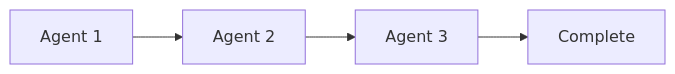
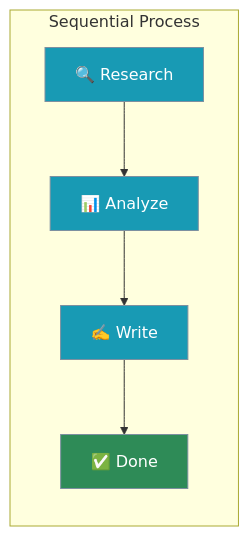
One commit to MervinPraison/PraisonAIDocs changed the second of 4 diagrams in docs/course/agents/08-agent-process.mdx. Above: the diagram before and after it, drawn with Mermaid. The commit also changed other lines of this file and 21 other files, not shown here.

Commit message:
refactor: streamline agent course documentation with concise examples, visual diagrams, and improved navigation.

````diff
--- a/docs/course/agents/08-agent-process.mdx
+++ b/docs/course/agents/08-agent-process.mdx
@@ -40,6 +52,12 @@
 ```mermaid
 graph LR
-    A[Agent 1] --> B[Agent 2]
-    B --> C[Agent 3]
-    C --> D[Complete]
+    subgraph "Sequential Process"
+        A[🔍 Research] --> B[📊 Analyze] --> C[✍️ Write] --> D[✅ Done]
+    end
+    
+    classDef step fill:#189AB4,stroke:#7C90A0,color:#fff
+    classDef done fill:#2E8B57,stroke:#7C90A0,color:#fff
+    
+    class A,B,C step
+    class D done
 ```
````
